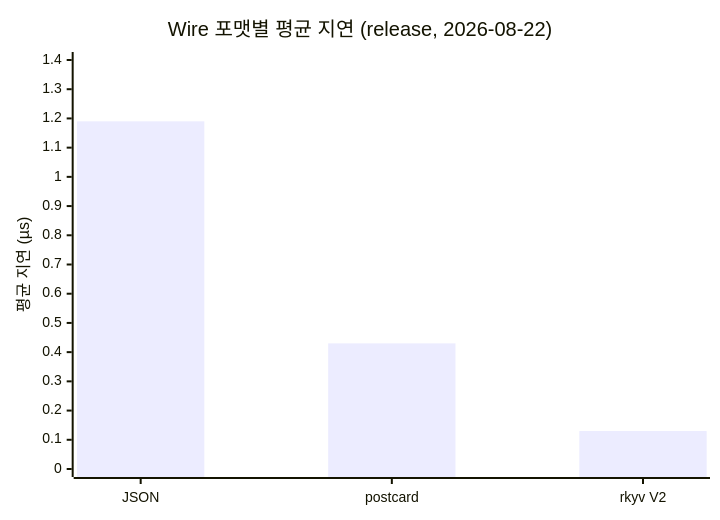
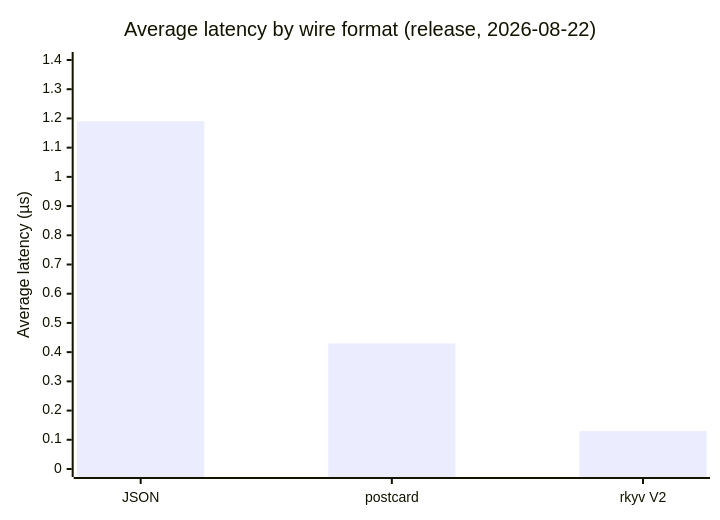
The first of 2 diagrams in docs/benchmarks.md (loopy-lim/rustra), drawn with Mermaid before and after one commit. The commit also changed other lines of this file and 214 other files, not shown here.

````diff
--- a/docs/benchmarks.md
+++ b/docs/benchmarks.md
@@ -222,7 +232,7 @@
 ```mermaid
 xychart-beta
-    title "Wire 포맷별 평균 지연 (release, 2026-08-22)"
+    title "Average latency by wire format (release, 2026-08-22)"
     x-axis ["JSON", "postcard", "rkyv V2"]
-    y-axis "평균 지연 (µs)" 0 --> 1.4
+    y-axis "Average latency (µs)" 0 --> 1.4
     bar [1.19, 0.43, 0.13]
 ```
````
